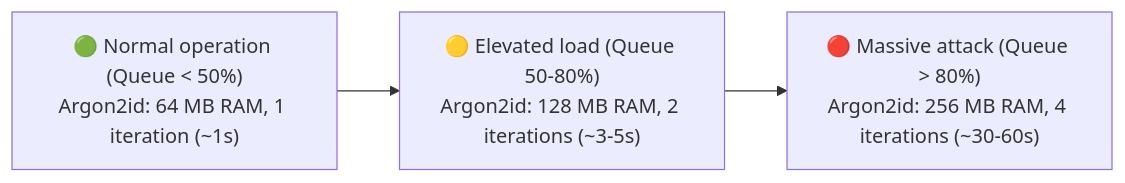
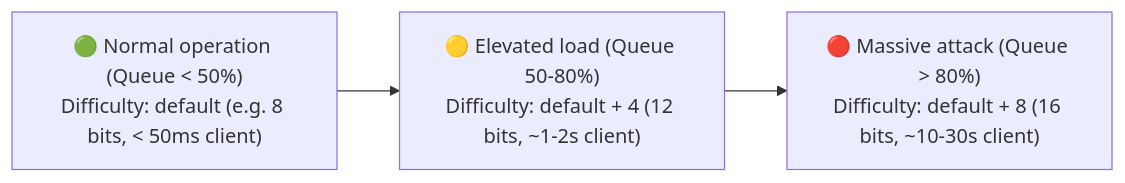
Before and after one commit to minutogit/human-money-node: the third of 4 diagrams in docs/13_client_ingress_und_access_tiering.md, drawn with Mermaid. The commit also changed other lines of this file and 16 other files, not shown here.

````diff
--- a/docs/13_client_ingress_und_access_tiering.md
+++ b/docs/13_client_ingress_und_access_tiering.md
@@ -118,5 +123,5 @@
 ```mermaid
 flowchart LR
-    Load0["🟢 Normal operation (Queue < 50%)<br>Argon2id: 64 MB RAM, 1 iteration (~1s)"] --> Load1["🟡 Elevated load (Queue 50-80%)<br>Argon2id: 128 MB RAM, 2 iterations (~3-5s)"]
-    Load1 --> Load2["🔴 Massive attack (Queue > 80%)<br>Argon2id: 256 MB RAM, 4 iterations (~30-60s)"]
+    Load0["🟢 Normal operation (Queue < 50%)<br>Difficulty: default (e.g. 8 bits, < 50ms client)"] --> Load1["🟡 Elevated load (Queue 50-80%)<br>Difficulty: default + 4 (12 bits, ~1-2s client)"]
+    Load1 --> Load2["🔴 Massive attack (Queue > 80%)<br>Difficulty: default + 8 (16 bits, ~10-30s client)"]
 ```
````
